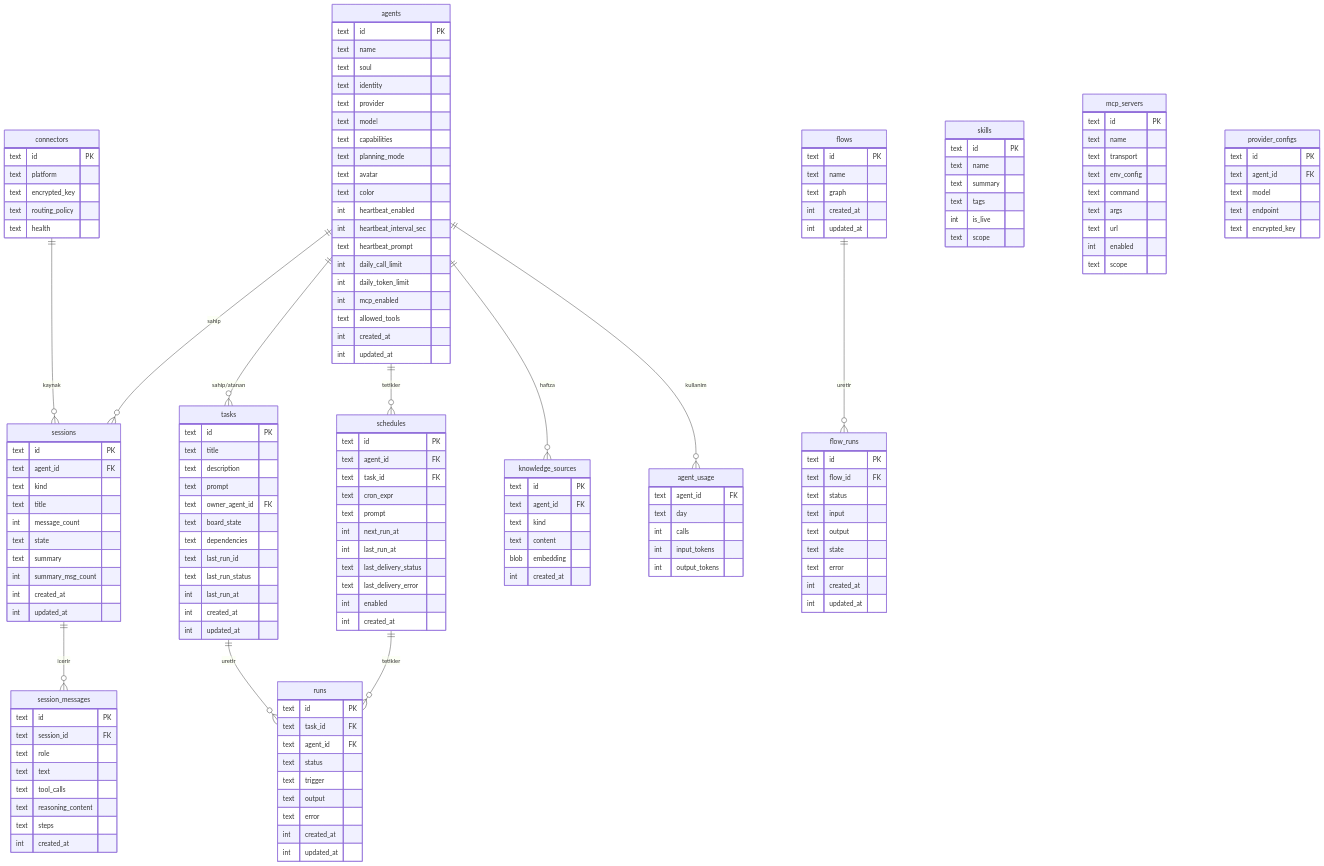
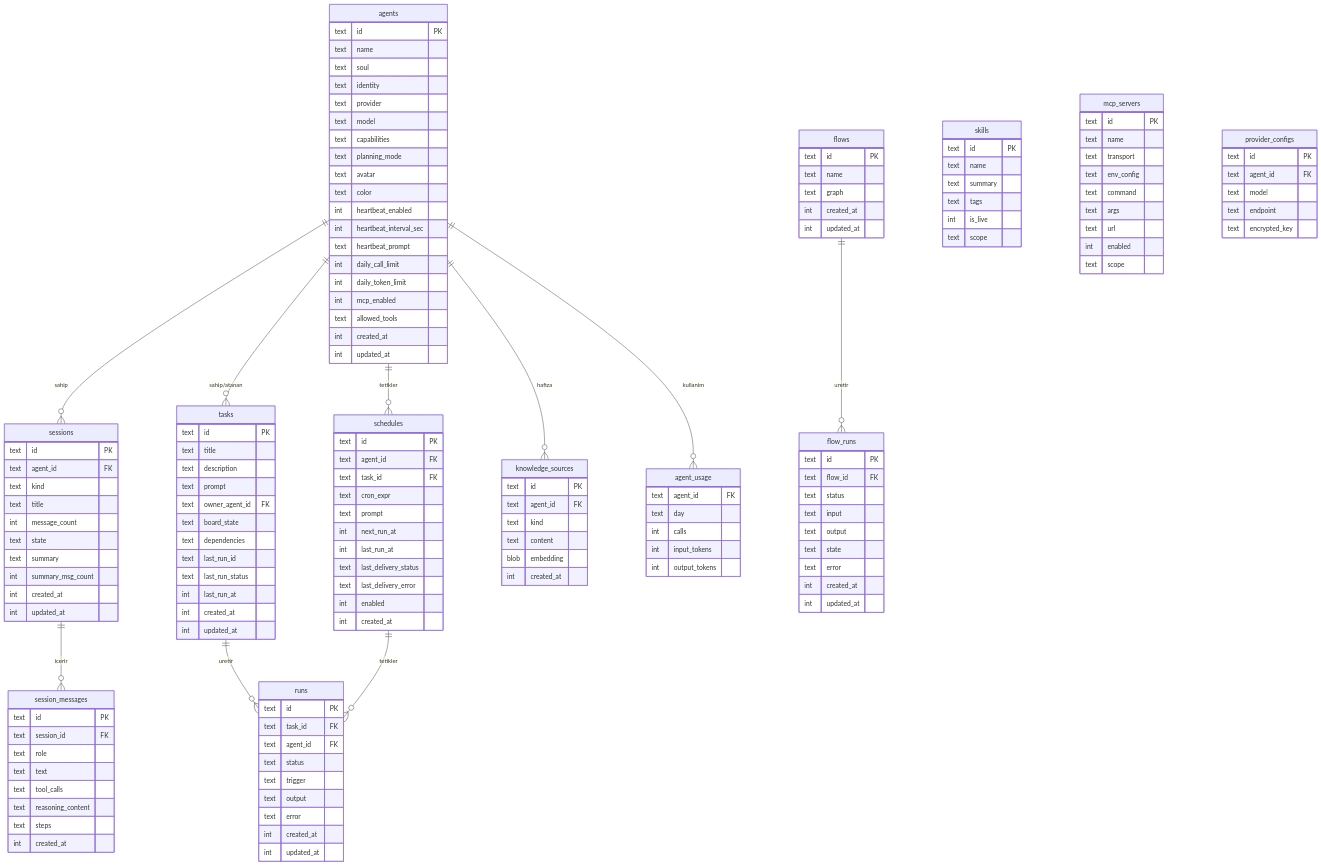
The diagram in _Docs/02-VERI-MODELI.md (bilal-arikan/tionharness), drawn with Mermaid before and after one commit. The commit also changed other lines of this file and 6 other files, not shown here.

```diff
--- a/_Docs/02-VERI-MODELI.md
+++ b/_Docs/02-VERI-MODELI.md
@@ -20,7 +20,6 @@
     agents ||--o{ knowledge_sources : "hafiza"
     agents ||--o{ agent_usage : "kullanim"
     flows ||--o{ flow_runs : "uretir"
-    connectors ||--o{ sessions : "kaynak"
 
     agents {
         text id PK
@@ -110,13 +109,6 @@
         int  created_at
         int  updated_at
     }
-    connectors {
-        text id PK
-        text platform
-        text encrypted_key
-        text routing_policy
-        text health
-    }
     knowledge_sources {
         text id PK
         text agent_id FK
```
